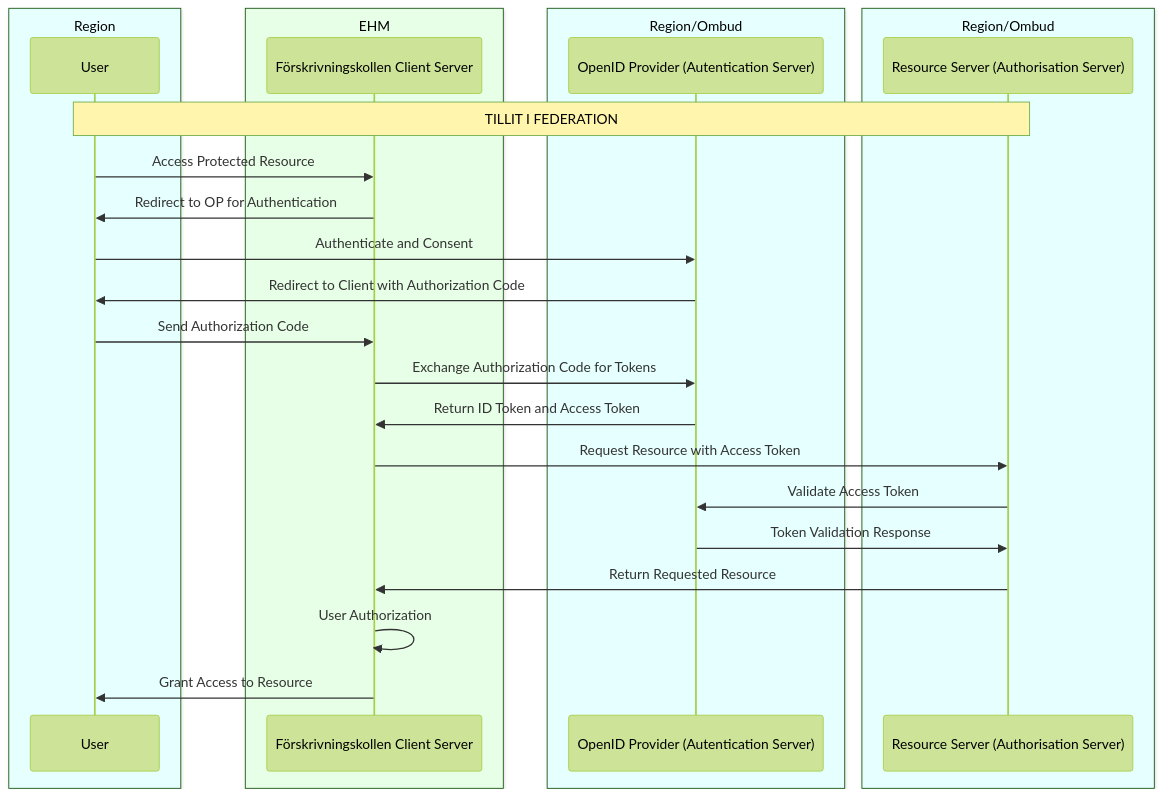
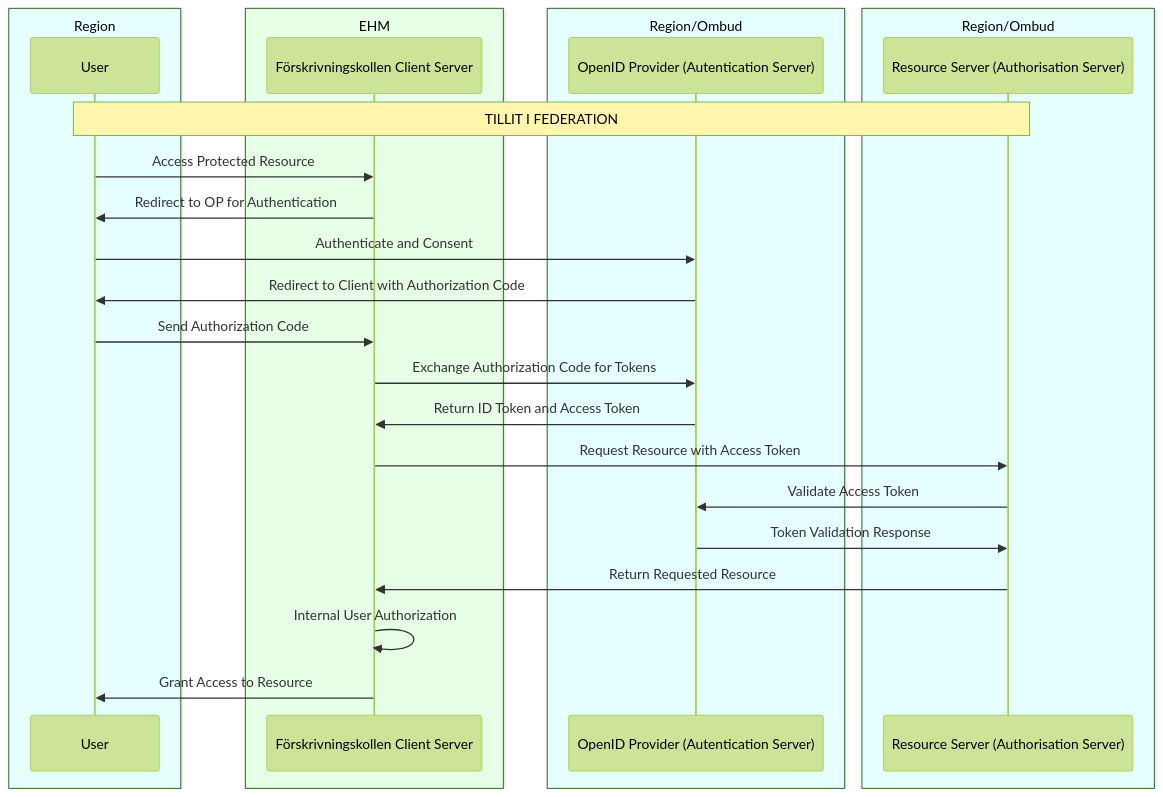
The diagram in architecture/diagrams/förskrivningskollen-oidc.md (diggsweden/ena-authorization), drawn with Mermaid (forest theme) before and after one commit.

````diff
--- a/architecture/diagrams/förskrivningskollen-oidc.md
+++ b/architecture/diagrams/förskrivningskollen-oidc.md
@@ -1,32 +1,32 @@
 ```mermaid 
 sequenceDiagram
 
     box rgb(230,255,255) Region
         participant User
     end
     box rgb(230,255,230) EHM
         participant Client as Förskrivningskollen Client Server
     end
     box rgb(230,255,255) Region/Ombud
         participant OP as OpenID Provider (Autentication Server)
     end
     box rgb(230,255,255) Region/Ombud
         participant RS as Resource Server (Authorisation Server)
     end
 
     %% User-to-Server OIDC Flow
     Note over User,RS: TILLIT I FEDERATION
     User->>Client: Access Protected Resource
     Client->>User: Redirect to OP for Authentication
     User->>OP: Authenticate and Consent
     OP->>User: Redirect to Client with Authorization Code
     User->>Client: Send Authorization Code
     Client->>OP: Exchange Authorization Code for Tokens
     OP->>Client: Return ID Token and Access Token
     Client->>RS: Request Resource with Access Token
     RS->>OP: Validate Access Token
     OP->>RS: Token Validation Response
     RS->>Client: Return Requested Resource
-    Client->>Client: User Authorization
+    Client->>Client: Internal User Authorization
     Client->>User: Grant Access to Resource
 ```
````
